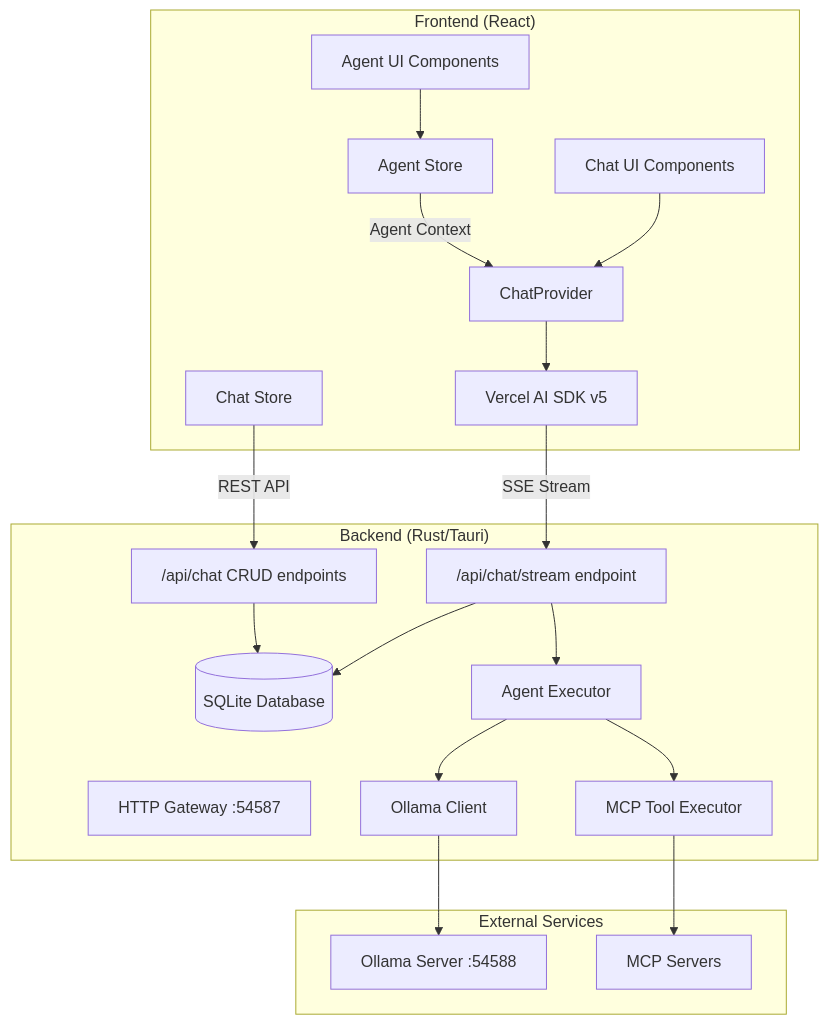
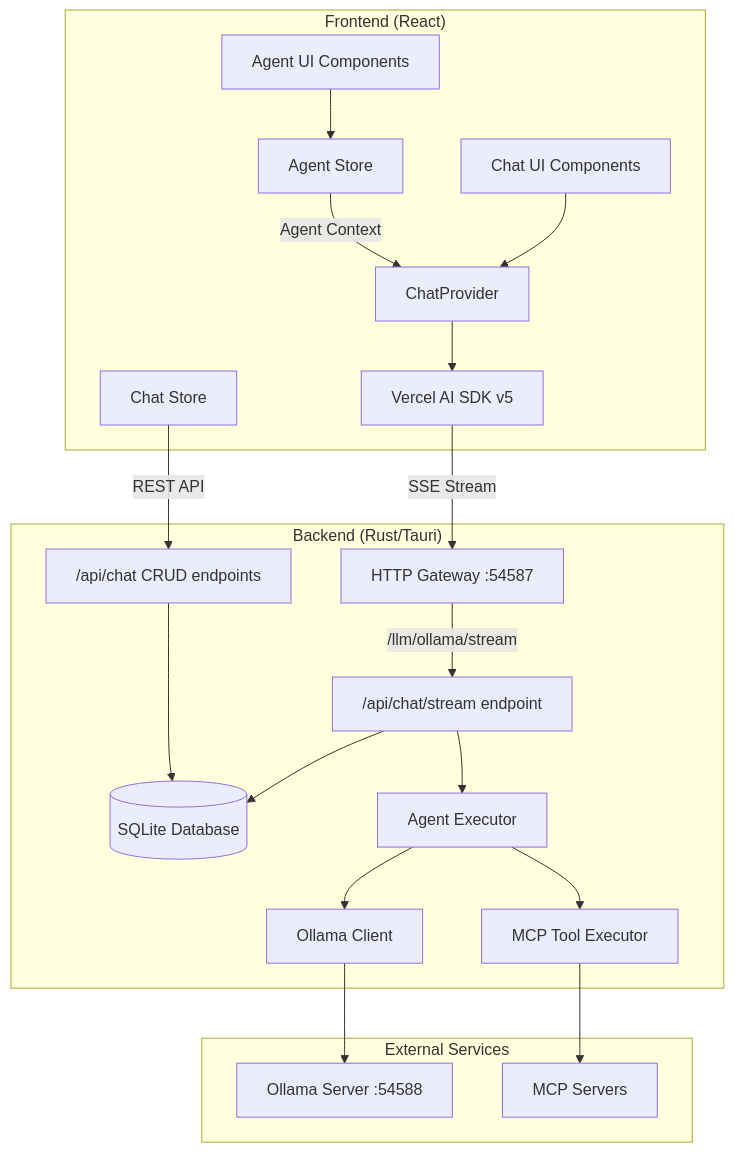
The first of 3 diagrams in desktop/chat-architecture.md (archestra-ai/prototypes), drawn with Mermaid before and after one commit. The commit also changed other lines of this file and 1 other file, not shown here.

First line of the commit message:
docs: update CLAUDE.md and chat-architecture.md for streaming architecture

````diff
--- a/desktop/chat-architecture.md
+++ b/desktop/chat-architecture.md
@@ -9,43 +9,44 @@
 ```mermaid
 graph TB
     subgraph "Frontend (React)"
         UI[Chat UI Components]
         AUI[Agent UI Components]
         CP[ChatProvider]
         SDK[Vercel AI SDK v5]
         CS[Chat Store]
         AS[Agent Store]
     end
 
     subgraph "Backend (Rust/Tauri)"
         GW[HTTP Gateway :54587]
         STREAM["/api/chat/stream endpoint"]
         CRUD["/api/chat CRUD endpoints"]
         DB[(SQLite Database)]
         AE[Agent Executor]
         MCP[MCP Tool Executor]
         OC[Ollama Client]
     end
 
     subgraph "External Services"
         OLLAMA[Ollama Server :54588]
         MCPS[MCP Servers]
     end
 
     UI --> CP
     AUI --> AS
     CP --> SDK
-    SDK --> |"SSE Stream"| STREAM
+    SDK --> |"SSE Stream"| GW
+    GW --> |"/llm/ollama/stream"| STREAM
     CS --> |"REST API"| CRUD
     AS --> |"Agent Context"| CP
 
     STREAM --> DB
     STREAM --> AE
     AE --> MCP
     AE --> OC
 
     OC --> OLLAMA
     MCP --> MCPS
 
     CRUD --> DB
 ```
````
